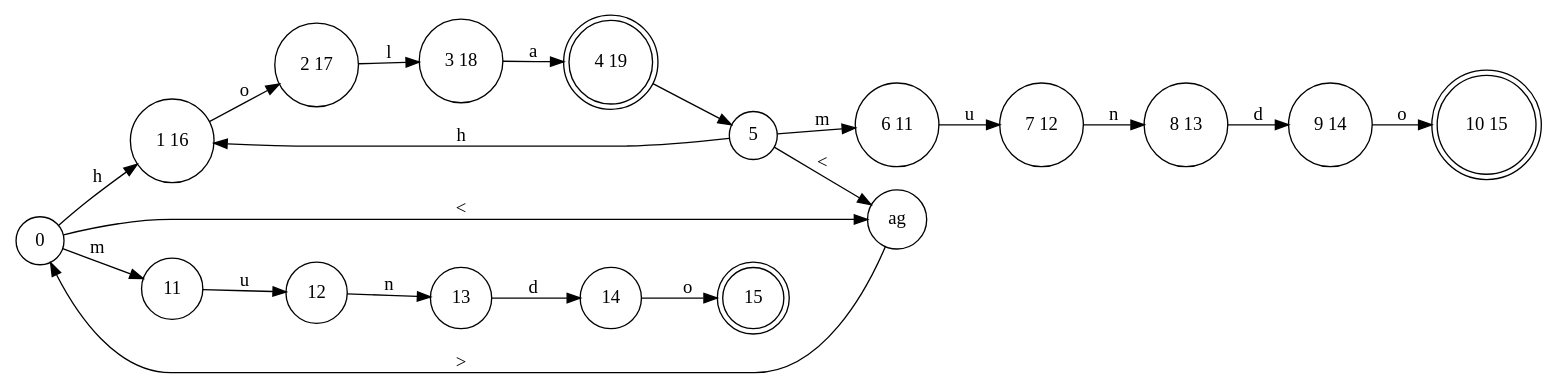
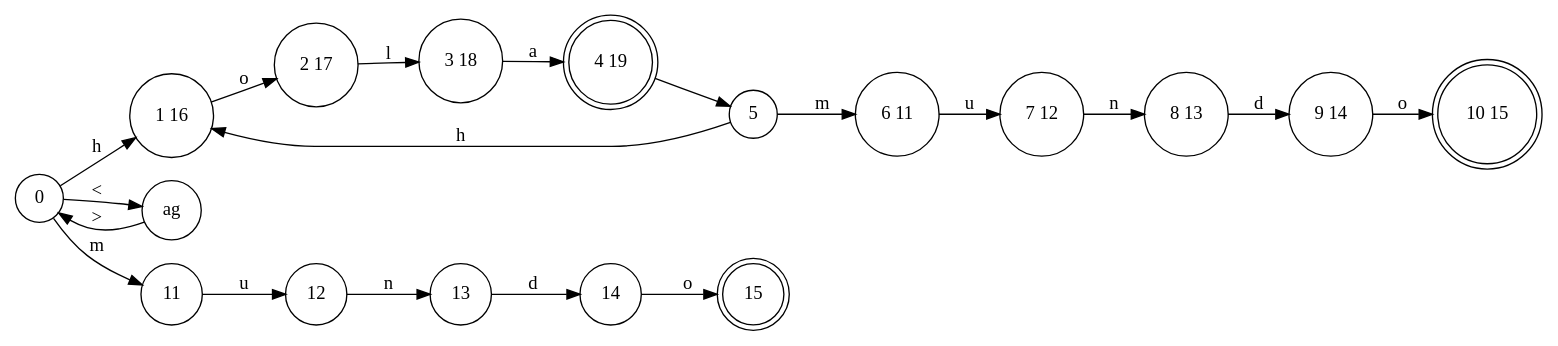
Before and after one commit to GdeAchaval/automaton: the diagram in determinante.dot, drawn with Graphviz. The commit also changed 9 other files, not shown here.

```diff
--- a/determinante.dot
+++ b/determinante.dot
@@ -1,42 +1,41 @@
 digraph {
 rankdir = "LR";
 // NODES
 node [shape=circle] Node_0[label="0"];
 node [shape=circle] Node_1_16[label="1 16"];
 node [shape=circle] Nodetag[label="ag"];
 node [shape=circle] Node_11[label="11"];
 node [shape=circle] Node_2_17[label="2 17"];
 node [shape=circle] Node_12[label="12"];
 node [shape=circle] Node_3_18[label="3 18"];
 node [shape=circle] Node_13[label="13"];
 node [shape=doublecircle] Node_4_19[label="4 19"];
 node [shape=circle] Node_14[label="14"];
 node [shape=circle] Node_5[label="5"];
 node [shape=doublecircle] Node_15[label="15"];
 node [shape=circle] Node_6_11[label="6 11"];
 node [shape=circle] Node_7_12[label="7 12"];
 node [shape=circle] Node_8_13[label="8 13"];
 node [shape=circle] Node_9_14[label="9 14"];
 node [shape=doublecircle] Node_10_15[label="10 15"];
 
 // TRANSITIONS
 Node_0 -> Node_1_16 [label="h"];
 Node_0 -> Nodetag [label="<"];
 Node_0 -> Node_11 [label="m"];
 Node_1_16 -> Node_2_17 [label="o"];
 Nodetag -> Node_0 [label=">"];
 Node_11 -> Node_12 [label="u"];
 Node_2_17 -> Node_3_18 [label="l"];
 Node_12 -> Node_13 [label="n"];
 Node_3_18 -> Node_4_19 [label="a"];
 Node_13 -> Node_14 [label="d"];
 Node_4_19 -> Node_5 [label=" "];
 Node_14 -> Node_15 [label="o"];
 Node_5 -> Node_1_16 [label="h"];
-Node_5 -> Nodetag [label="<"];
 Node_5 -> Node_6_11 [label="m"];
 Node_6_11 -> Node_7_12 [label="u"];
 Node_7_12 -> Node_8_13 [label="n"];
 Node_8_13 -> Node_9_14 [label="d"];
 Node_9_14 -> Node_10_15 [label="o"];
 }
```
